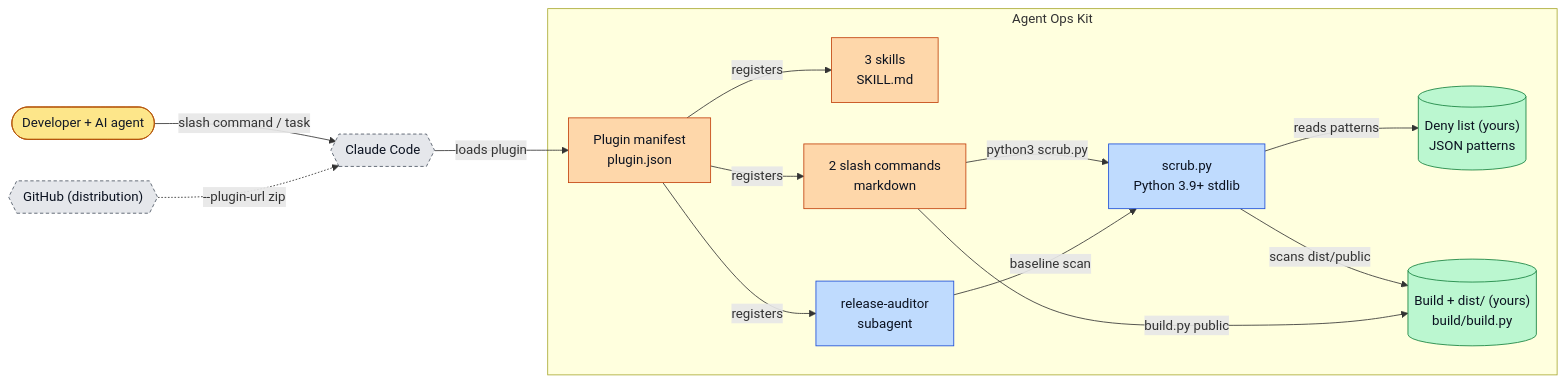
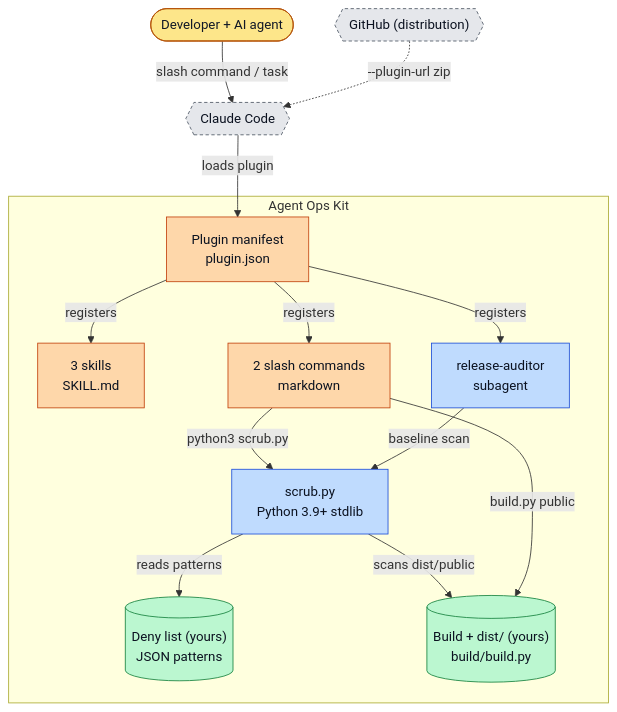
The third of 8 diagrams in docs/ARCHITECTURE.md (thefiredev-cloud/agent-ops-kit), drawn with Mermaid before and after one commit. The commit also changed other lines of this file and 14 other files, not shown here.

First line of the commit message:
docs: add whiteboard architecture docs (Mermaid, Archify, Graphify)

````diff
--- a/docs/ARCHITECTURE.md
+++ b/docs/ARCHITECTURE.md
@@ -63,31 +63,31 @@
 ```mermaid
-flowchart LR
+flowchart TB
   dev(["Developer + AI agent"]):::actor
   cc{{"Claude Code"}}:::ext
   gh{{"GitHub (distribution)"}}:::ext
   subgraph SYSTEM["Agent Ops Kit"]
     manifest["Plugin manifest<br/>plugin.json"]:::doc
     skills["3 skills<br/>SKILL.md"]:::doc
     cmds["2 slash commands<br/>markdown"]:::doc
     auditor["release-auditor<br/>subagent"]:::app
     scanner["scrub.py<br/>Python 3.9+ stdlib"]:::app
     denylist[("Deny list (yours)<br/>JSON patterns")]:::store
     build[("Build + dist/ (yours)<br/>build/build.py")]:::store
   end
   dev -->|"slash command / task"| cc
   cc -->|"loads plugin"| manifest
   manifest -->|"registers"| skills
   manifest -->|"registers"| cmds
   manifest -->|"registers"| auditor
   cmds -->|"python3 scrub.py"| scanner
   auditor -->|"baseline scan"| scanner
   scanner -->|"reads patterns"| denylist
   scanner -->|"scans dist/public"| build
   cmds -->|"build.py public"| build
   gh -.->|"--plugin-url zip"| cc
   classDef actor fill:#fde68a,stroke:#b45309,color:#111827
   classDef app fill:#bfdbfe,stroke:#1d4ed8,color:#0b1220
   classDef doc fill:#fed7aa,stroke:#c2410c,color:#0b1220
   classDef ext fill:#e5e7eb,stroke:#4b5563,color:#0b1220,stroke-dasharray:4 3
   classDef store fill:#bbf7d0,stroke:#15803d,color:#0b1220
 ```
````
